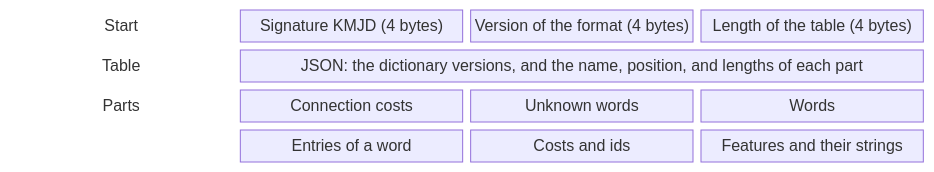
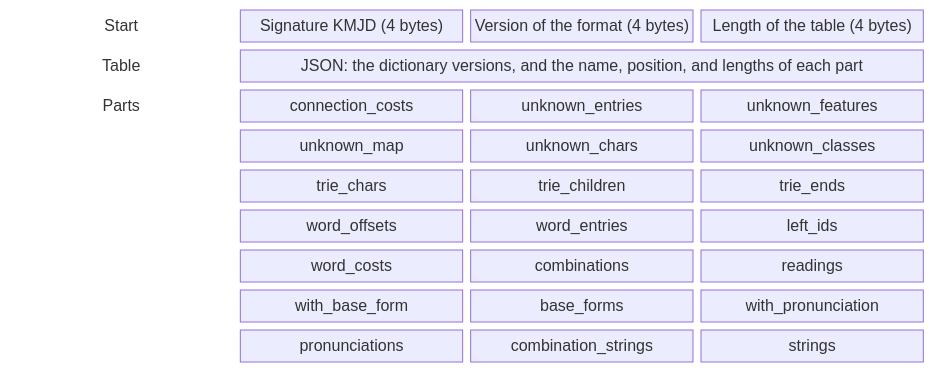
The first of 4 diagrams in docs/products/kuromojin/features/dictionary/design.md (azu/kuromojin), drawn with Mermaid before and after one commit. The commit also changed other lines of this file and 1 other file, not shown here.

Commit message:
docs: name every part in the diagram of the file
Claude-Session: https://claude.ai/code/session_01TSdrAH6Tzz3ZGQ3oqCpGZ5

````diff
--- a/docs/products/kuromojin/features/dictionary/design.md
+++ b/docs/products/kuromojin/features/dictionary/design.md
@@ -78,11 +78,16 @@
 ```mermaid
 block-beta
     columns 4
     a["Start"] s["Signature KMJD (4 bytes)"] v["Version of the format (4 bytes)"] l["Length of the table (4 bytes)"]
     b["Table"] t["JSON: the dictionary versions, and the name, position, and lengths of each part"]:3
-    c["Parts"] p1["Connection costs"] p2["Unknown words"] p3["Words"]
-    space p4["Entries of a word"] p5["Costs and ids"] p6["Features and their strings"]
+    c["Parts"] p1["connection_costs"] p2["unknown_entries"] p3["unknown_features"]
+    space p4["unknown_map"] p5["unknown_chars"] p6["unknown_classes"]
+    space p7["trie_chars"] p8["trie_children"] p9["trie_ends"]
+    space p10["word_offsets"] p11["word_entries"] p12["left_ids"]
+    space p13["word_costs"] p14["combinations"] p15["readings"]
+    space p16["with_base_form"] p17["base_forms"] p18["with_pronunciation"]
+    space p19["pronunciations"] p20["combination_strings"] p21["strings"]
     style a fill:none,stroke:none
     style b fill:none,stroke:none
     style c fill:none,stroke:none
 ```
````
